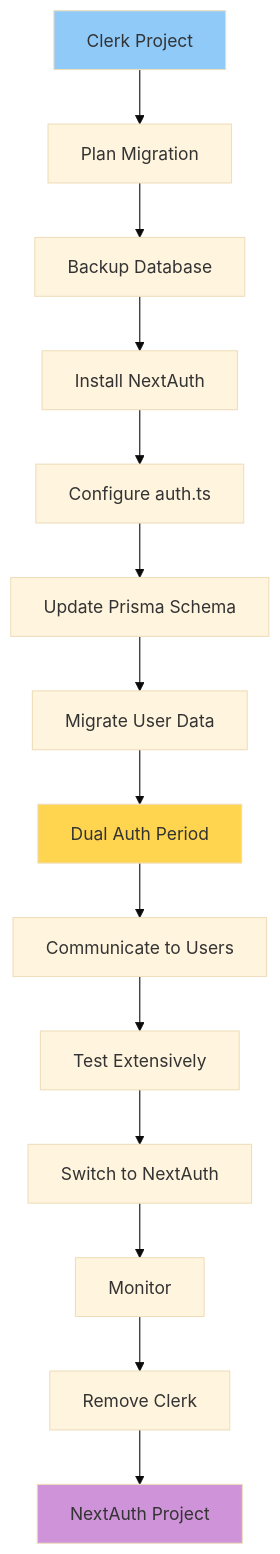
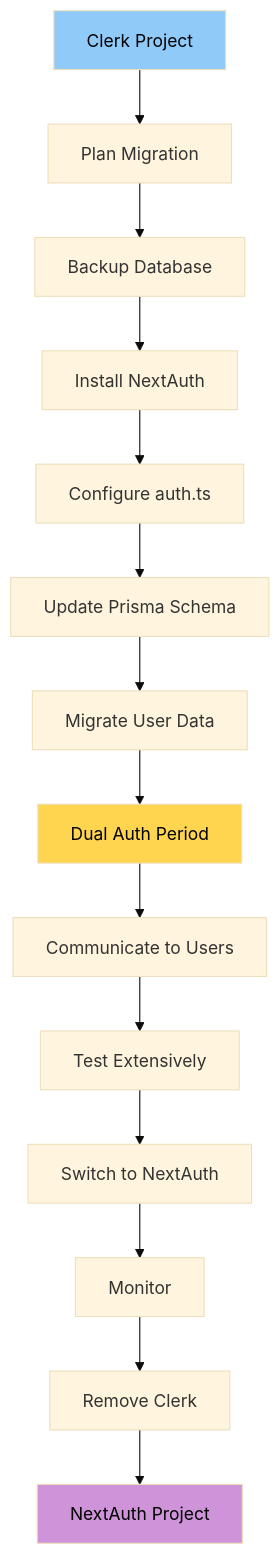
Before and after one commit to inskillflow/auths-1-NEXTJS-introduction: diagram 30 of 39 in 02-DIAGRAMMES_ARCHITECTURES.md, drawn with Mermaid (base theme). The commit also changed other lines of this file, not shown here.

````diff
--- a/02-DIAGRAMMES_ARCHITECTURES.md
+++ b/02-DIAGRAMMES_ARCHITECTURES.md
@@ -988,21 +988,21 @@
 ```mermaid
 graph TD
     START[Clerk Project] --> PLAN[Plan Migration]
     PLAN --> BACKUP[Backup Database]
     BACKUP --> INSTALL[Install NextAuth]
     INSTALL --> CONFIG[Configure auth.ts]
     CONFIG --> SCHEMA[Update Prisma Schema]
     SCHEMA --> MIGRATE[Migrate User Data]
     
     MIGRATE --> DUAL[Dual Auth Period]
     DUAL --> COMM[Communicate to Users]
     COMM --> TEST[Test Extensively]
     TEST --> SWITCH[Switch to NextAuth]
     SWITCH --> MONITOR[Monitor]
     MONITOR --> CLEANUP[Remove Clerk]
     CLEANUP --> END[NextAuth Project]
     
-    style START fill:#90caf9
-    style DUAL fill:#ffd54f
-    style END fill:#ce93d8
+    style START fill:#90caf9,color:#000
+    style DUAL fill:#ffd54f,color:#000
+    style END fill:#ce93d8,color:#000
 ```
````
